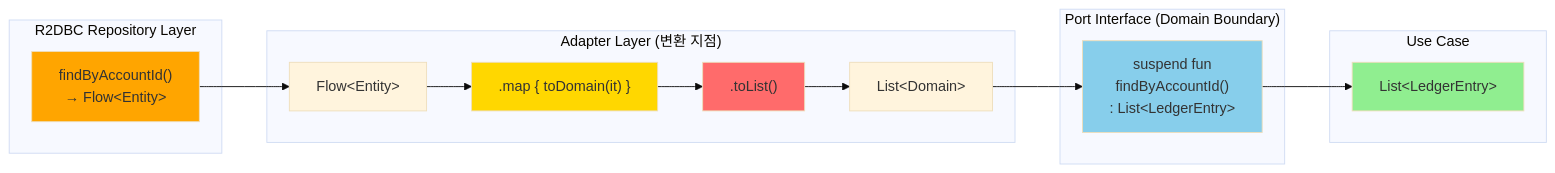
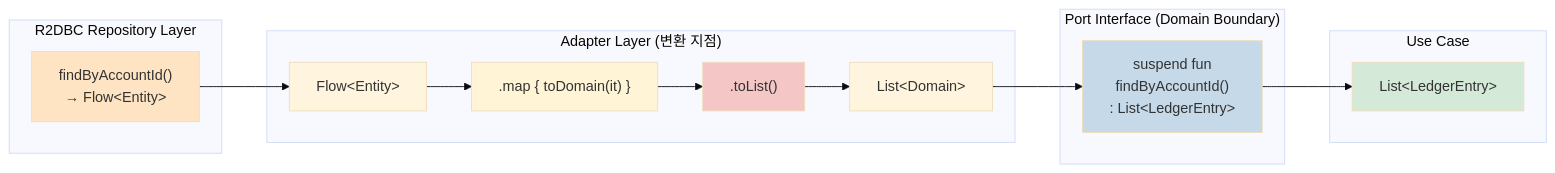
The third of 4 diagrams in docs/SUSPEND_BEST_PRACTICES.md (seokrae-labs/account-ledger-service), drawn with Mermaid (base theme) before and after one commit. The commit also changed other lines of this file, not shown here.

First line of the commit message:
docs: Improve diagram color scheme for better readability (#20)

````diff
--- a/docs/SUSPEND_BEST_PRACTICES.md
+++ b/docs/SUSPEND_BEST_PRACTICES.md
@@ -164,34 +164,34 @@
 ```mermaid
 graph LR
     subgraph "R2DBC Repository Layer"
         R1["findByAccountId()<br/>→ Flow&lt;Entity&gt;"]
     end
 
     subgraph "Adapter Layer (변환 지점)"
         A1["Flow&lt;Entity&gt;"]
         A2[".map { toDomain(it) }"]
         A3[".toList()"]
         A4["List&lt;Domain&gt;"]
     end
 
     subgraph "Port Interface (Domain Boundary)"
         P1["suspend fun<br/>findByAccountId()<br/>: List&lt;LedgerEntry&gt;"]
     end
 
     subgraph "Use Case"
         U1["List&lt;LedgerEntry&gt;"]
     end
 
     R1 --> A1
     A1 --> A2
     A2 --> A3
     A3 --> A4
     A4 --> P1
     P1 --> U1
 
-    style R1 fill:#FFA500
-    style A2 fill:#FFD700
-    style A3 fill:#FF6B6B
-    style P1 fill:#87CEEB
-    style U1 fill:#90EE90
+    style R1 fill:#FFE4C4
+    style A2 fill:#FFF4D6
+    style A3 fill:#F5C6C6
+    style P1 fill:#C5D9E8
+    style U1 fill:#D4E9D7
 ```
````
